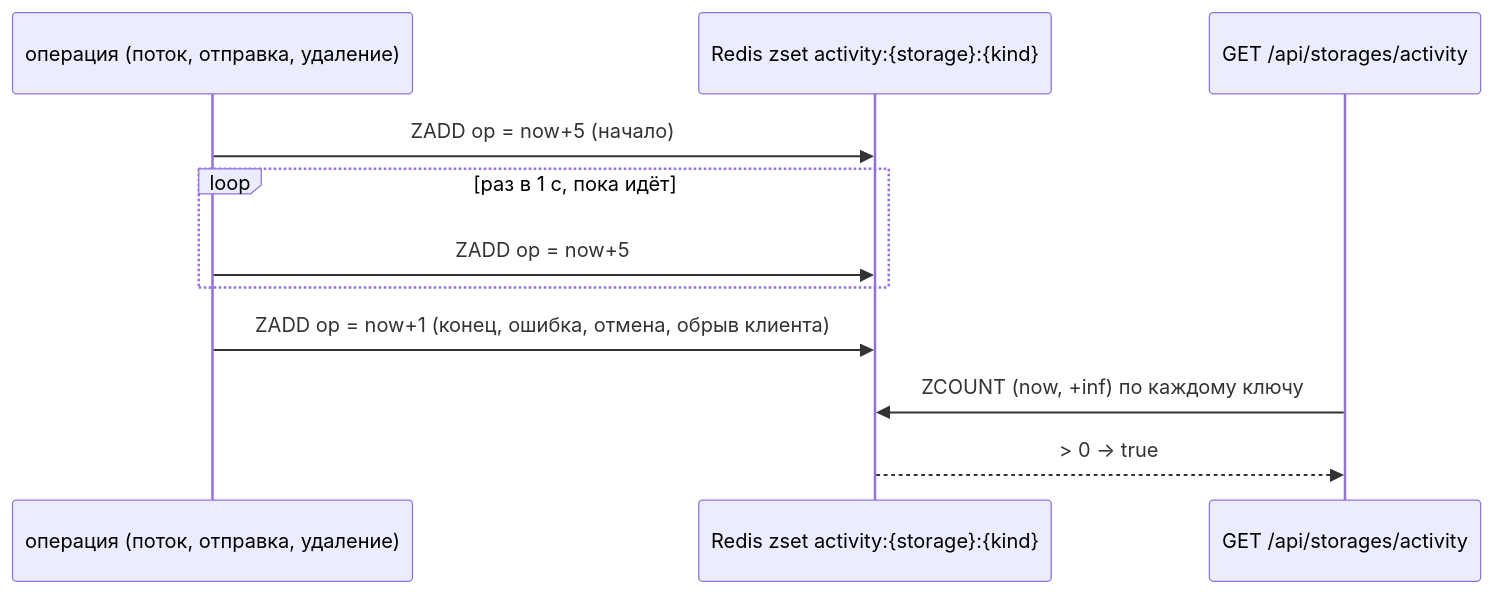
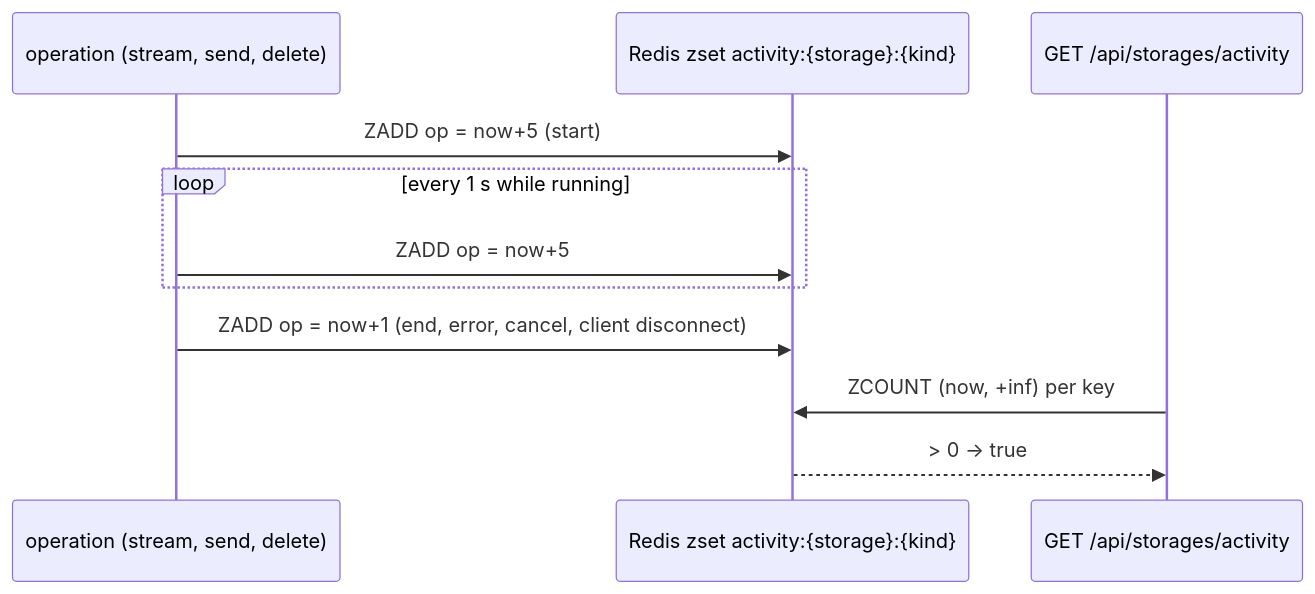
Before and after one commit to NikitkaZXC/tcloud-backend: the fifth of 5 diagrams in docs/flows/storages.md, drawn with Mermaid. The commit also changed other lines of this file and 20 other files, not shown here.

````diff
--- a/docs/flows/storages.md
+++ b/docs/flows/storages.md
@@ -188,13 +188,13 @@
 ```mermaid
 sequenceDiagram
-    participant O as операция (поток, отправка, удаление)
+    participant O as operation (stream, send, delete)
     participant R as Redis zset activity:{storage}:{kind}
     participant F as GET /api/storages/activity
-    O->>R: ZADD op = now+5 (начало)
-    loop раз в 1 с, пока идёт
+    O->>R: ZADD op = now+5 (start)
+    loop every 1 s while running
         O->>R: ZADD op = now+5
     end
-    O->>R: ZADD op = now+1 (конец, ошибка, отмена, обрыв клиента)
-    F->>R: ZCOUNT (now, +inf) по каждому ключу
+    O->>R: ZADD op = now+1 (end, error, cancel, client disconnect)
+    F->>R: ZCOUNT (now, +inf) per key
     R-->>F: > 0 → true
 ```
````
